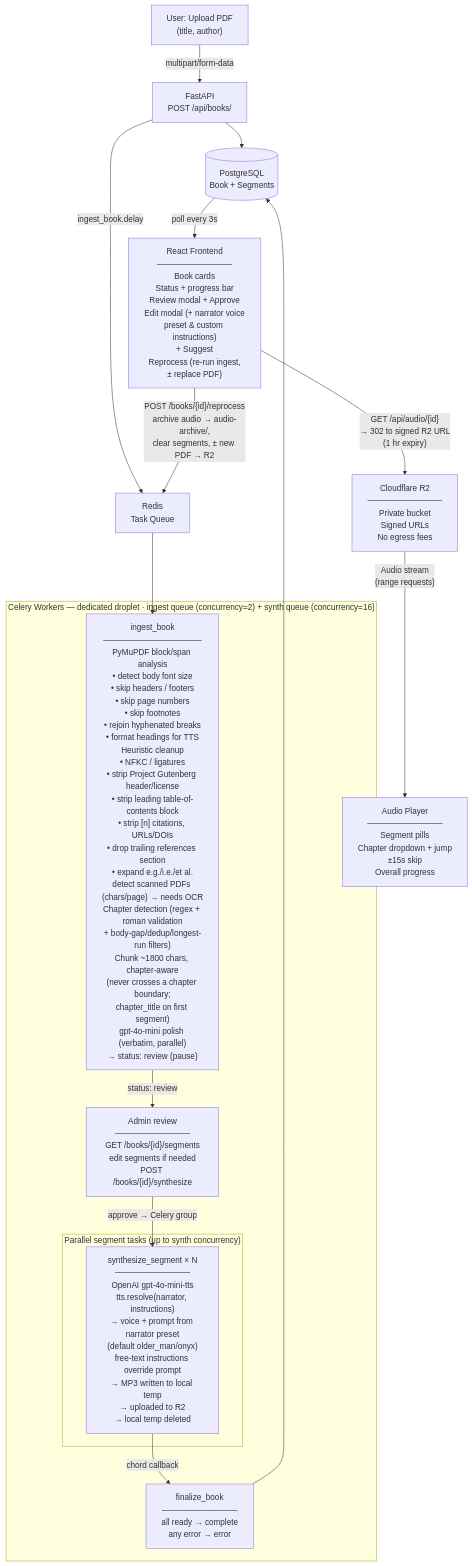
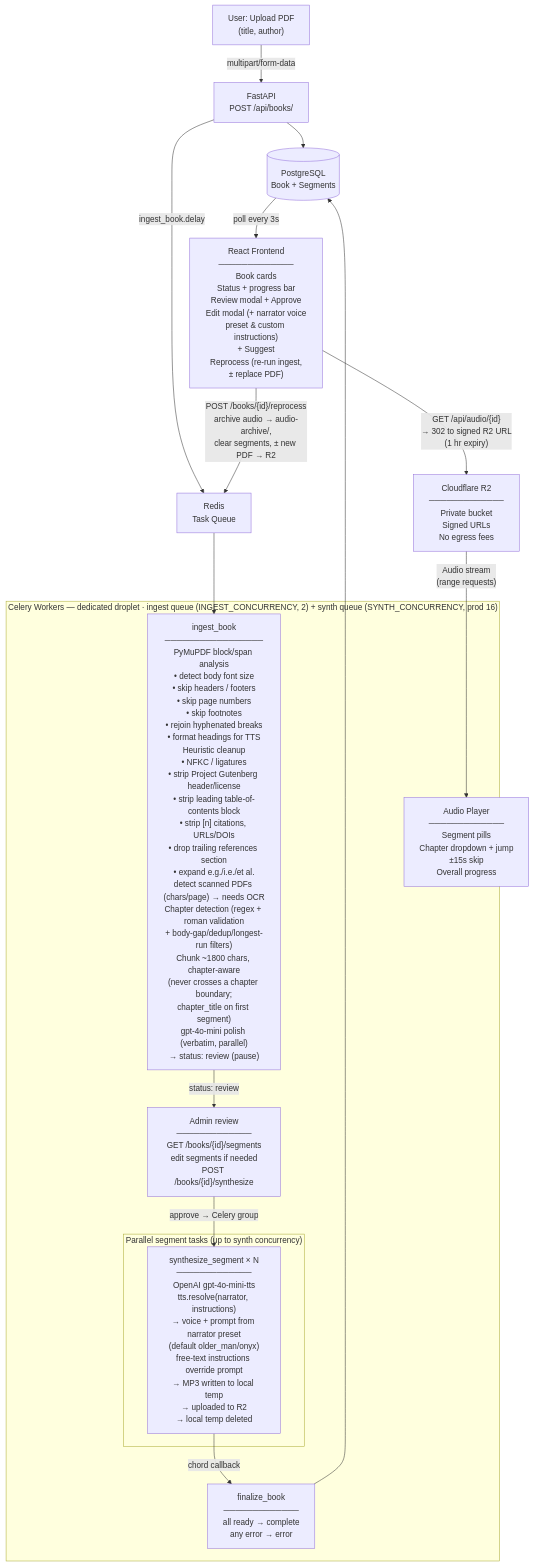
The diagram in PIPELINE.md (antispiraldev/AudioBookLib), drawn with Mermaid before and after one commit. The commit also changed 4 other files, not shown here.

First line of the commit message:
ops: worker concurrency via env vars (SYNTH_CONCURRENCY, INGEST_CONCURRENCY)

````diff
--- a/PIPELINE.md
+++ b/PIPELINE.md
@@ -3,37 +3,37 @@
 ```mermaid
 flowchart TD
     Upload["User: Upload PDF\n(title, author)"]
     API["FastAPI\nPOST /api/books/"]
     DB[("PostgreSQL\nBook + Segments")]
     Queue["Redis\nTask Queue"]
 
     Upload -->|multipart/form-data| API
     API --> DB
     API -->|ingest_book.delay| Queue
 
     Queue --> Ingest
 
-    subgraph Worker ["Celery Workers — dedicated droplet · ingest queue (concurrency=2) + synth queue (concurrency=16)"]
+    subgraph Worker ["Celery Workers — dedicated droplet · ingest queue (INGEST_CONCURRENCY, 2) + synth queue (SYNTH_CONCURRENCY, prod 16)"]
         Ingest["ingest_book\n─────────────────\nPyMuPDF block/span analysis\n• detect body font size\n• skip headers / footers\n• skip page numbers\n• skip footnotes\n• rejoin hyphenated breaks\n• format headings for TTS\nHeuristic cleanup\n• NFKC / ligatures\n• strip Project Gutenberg header/license\n• strip leading table-of-contents block\n• strip [n] citations, URLs/DOIs\n• drop trailing references section\n• expand e.g./i.e./et al.\ndetect scanned PDFs (chars/page) → needs OCR\nChapter detection (regex + roman validation\n+ body-gap/dedup/longest-run filters)\nChunk ~1800 chars, chapter-aware\n(never crosses a chapter boundary;\nchapter_title on first segment)\ngpt-4o-mini polish (verbatim, parallel)\n→ status: review (pause)"]
 
         Review["Admin review\n─────────────\nGET /books/{id}/segments\nedit segments if needed\nPOST /books/{id}/synthesize"]
         Ingest -->|"status: review"| Review
         Review -->|"approve → Celery group"| Synth
 
         subgraph Parallel ["Parallel segment tasks (up to synth concurrency)"]
             Synth["synthesize_segment × N\n─────────────\nOpenAI gpt-4o-mini-tts\ntts.resolve(narrator, instructions)\n→ voice + prompt from narrator preset\n(default older_man/onyx)\nfree-text instructions override prompt\n→ MP3 written to local temp\n→ uploaded to R2\n→ local temp deleted"]
         end
 
         Synth -->|"chord callback"| Finalize
         Finalize["finalize_book\n─────────────\nall ready → complete\nany error  → error"]
     end
 
     Finalize --> DB
 
     DB -->|"poll every 3s"| Frontend
     Frontend["React Frontend\n─────────────\nBook cards\nStatus + progress bar\nReview modal + Approve\nEdit modal (+ narrator voice\npreset & custom instructions)\n+ Suggest\nReprocess (re-run ingest,\n± replace PDF)"]
     Frontend -->|"POST /books/{id}/reprocess\narchive audio → audio-archive/,\nclear segments, ± new PDF → R2"| Queue
     Frontend -->|"GET /api/audio/{id}\n→ 302 to signed R2 URL\n(1 hr expiry)"| R2
     R2["Cloudflare R2\n─────────────\nPrivate bucket\nSigned URLs\nNo egress fees"]
     R2 -->|"Audio stream\n(range requests)"| Player["Audio Player\n─────────────\nSegment pills\nChapter dropdown + jump\n±15s skip\nOverall progress"]
 ```
````
